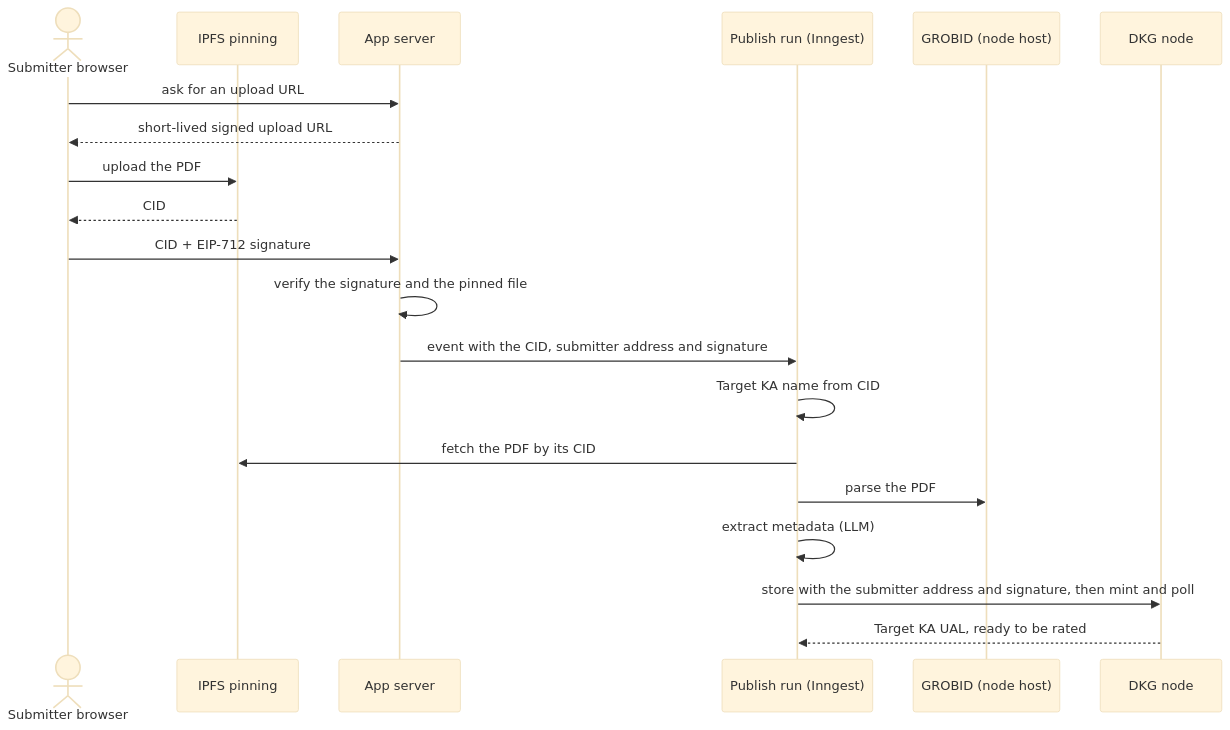
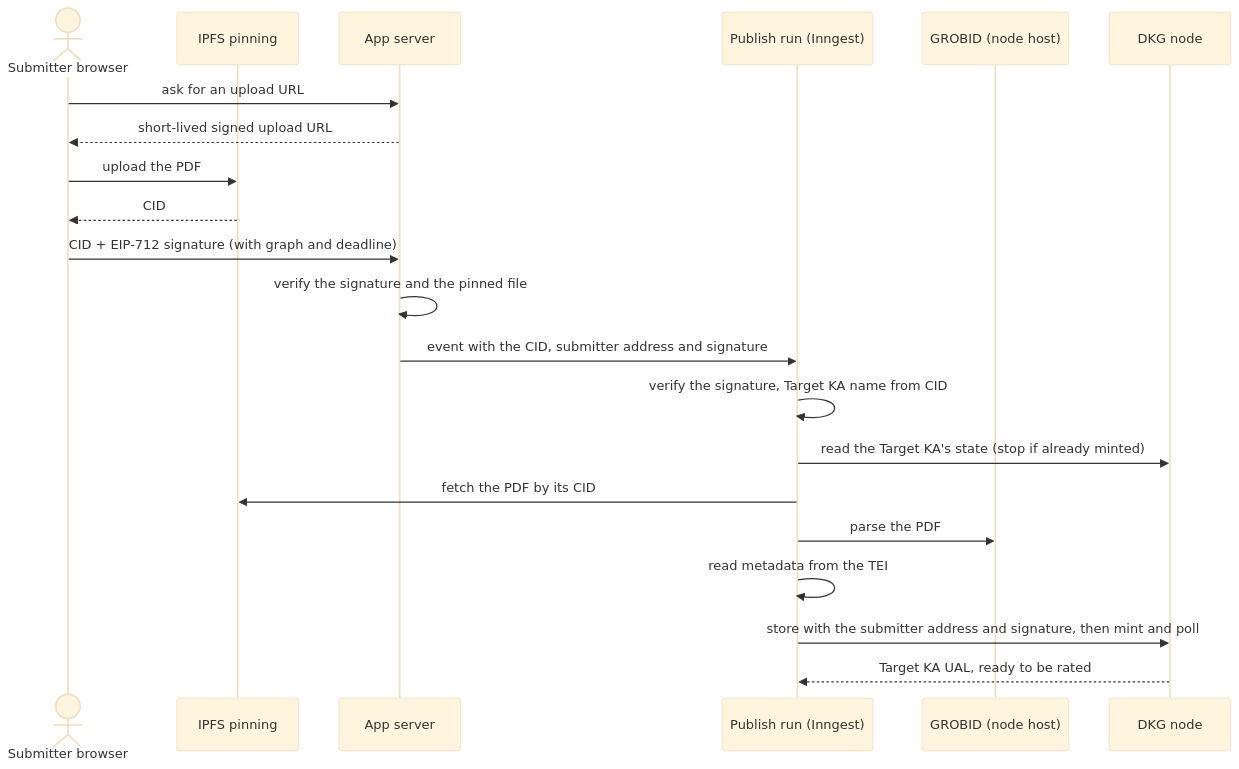
The second of 3 diagrams in README.md (SiegfriedBz/verisci), drawn with Mermaid (base theme) before and after one commit. The commit also changed other lines of this file and 65 other files, not shown here.

First line of the commit message:
feat(agents): publish a pinned pdf as a minted target ka (#23)

````diff
--- a/README.md
+++ b/README.md
@@ -95,22 +96,23 @@
 ```mermaid
 sequenceDiagram
   actor U as Submitter browser
   participant P as IPFS pinning
   participant A as App server
   participant R as Publish run (Inngest)
   participant G as GROBID (node host)
   participant N as DKG node
   U->>A: ask for an upload URL
   A-->>U: short-lived signed upload URL
   U->>P: upload the PDF
   P-->>U: CID
-  U->>A: CID + EIP-712 signature
+  U->>A: CID + EIP-712 signature (with graph and deadline)
   A->>A: verify the signature and the pinned file
   A->>R: event with the CID, submitter address and signature
-  R->>R: Target KA name from CID
+  R->>R: verify the signature, Target KA name from CID
+  R->>N: read the Target KA's state (stop if already minted)
   R->>P: fetch the PDF by its CID
   R->>G: parse the PDF
-  R->>R: extract metadata (LLM)
+  R->>R: read metadata from the TEI
   R->>N: store with the submitter address and signature, then mint and poll
   N-->>R: Target KA UAL, ready to be rated
 ```
````
